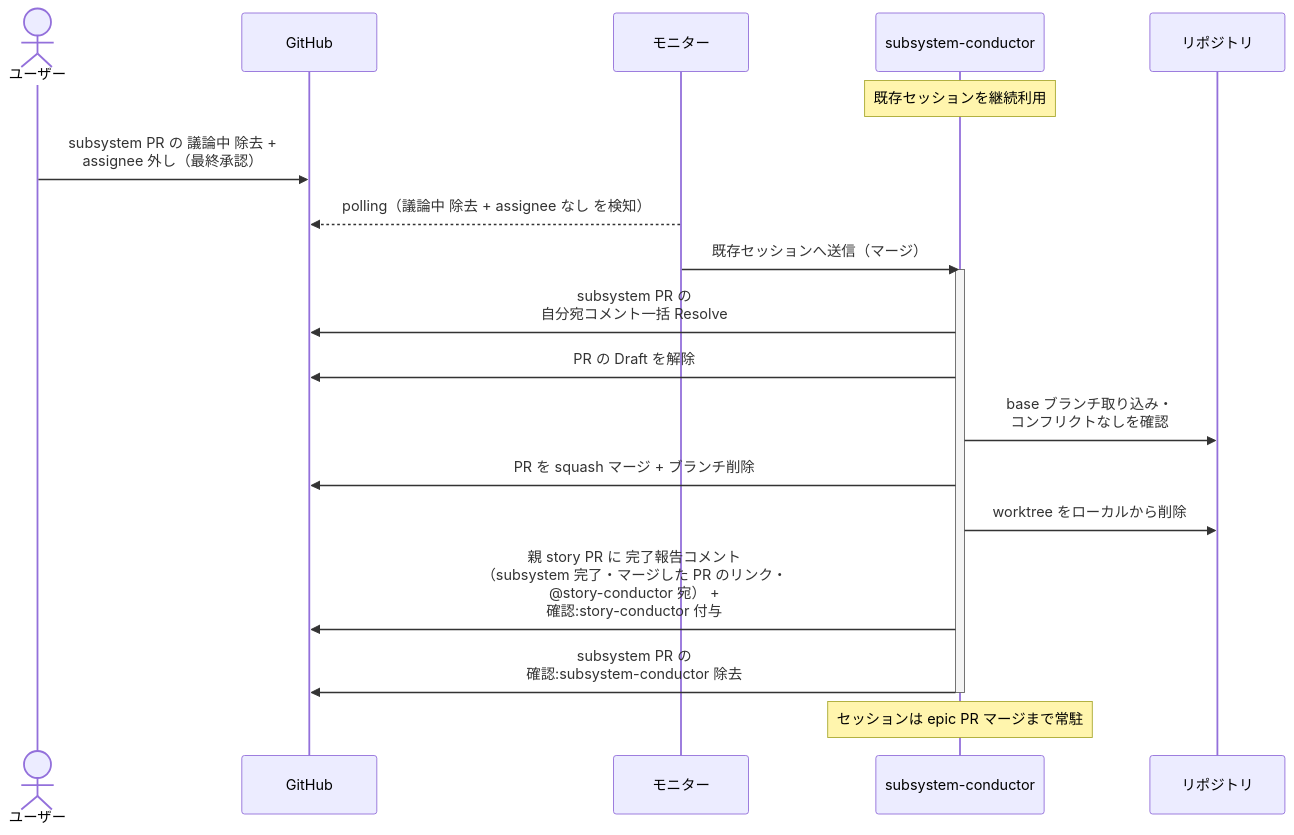
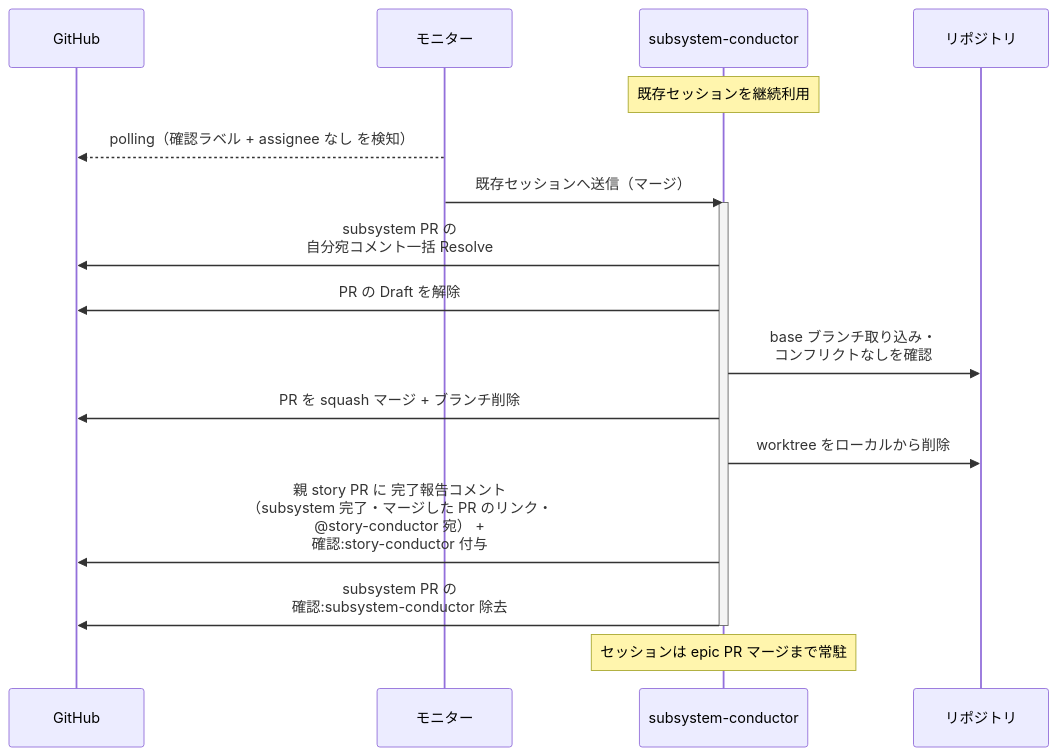
The second of 7 diagrams in docs/wiki/設計図/シナリオ/単一ユースケース/マージ.md (shuhei1101/ai-monitor), drawn with Mermaid before and after one commit. The commit also changed other lines of this file and 103 other files, not shown here.

````diff
--- a/docs/wiki/設計図/シナリオ/単一ユースケース/マージ.md
+++ b/docs/wiki/設計図/シナリオ/単一ユースケース/マージ.md
@@ -70,23 +69,21 @@
 ```mermaid
 sequenceDiagram
-  actor U as ユーザー
   participant GH as GitHub
   participant ORC as モニター
   participant MON as subsystem-conductor
   participant REPO as リポジトリ
 
   Note over MON: 既存セッションを継続利用
-  U->>GH: subsystem PR の 議論中 除去 +<br>assignee 外し（最終承認）
-  ORC-->>GH: polling（議論中 除去 + assignee なし を検知）
+  ORC-->>GH: polling（確認ラベル + assignee なし を検知）
   ORC->>MON: 既存セッションへ送信（マージ）
   activate MON
   MON->>GH: subsystem PR の<br>自分宛コメント一括 Resolve
   MON->>GH: PR の Draft を解除
   MON->>REPO: base ブランチ取り込み・<br>コンフリクトなしを確認
   MON->>GH: PR を squash マージ + ブランチ削除
   MON->>REPO: worktree をローカルから削除
   MON->>GH: 親 story PR に 完了報告コメント<br>（subsystem 完了・マージした PR のリンク・<br>@story-conductor 宛） +<br>確認:story-conductor 付与
   MON->>GH: subsystem PR の<br>確認:subsystem-conductor 除去
   deactivate MON
   Note over MON: セッションは epic PR マージまで常駐
 ```
````
